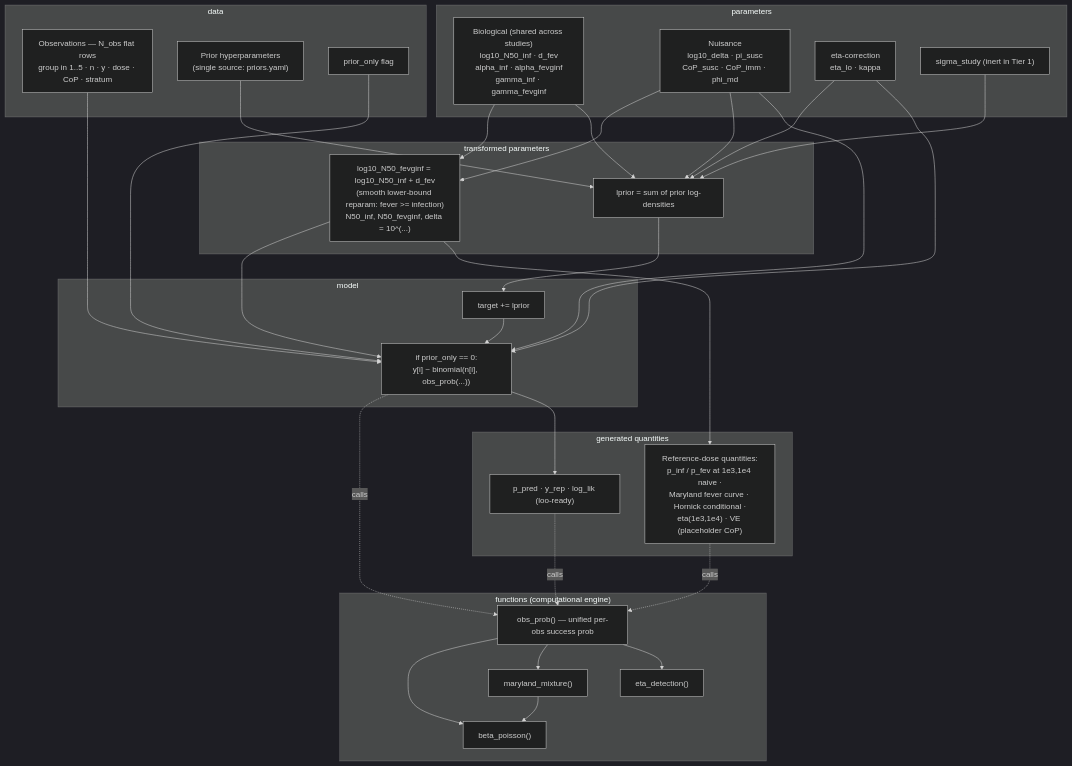
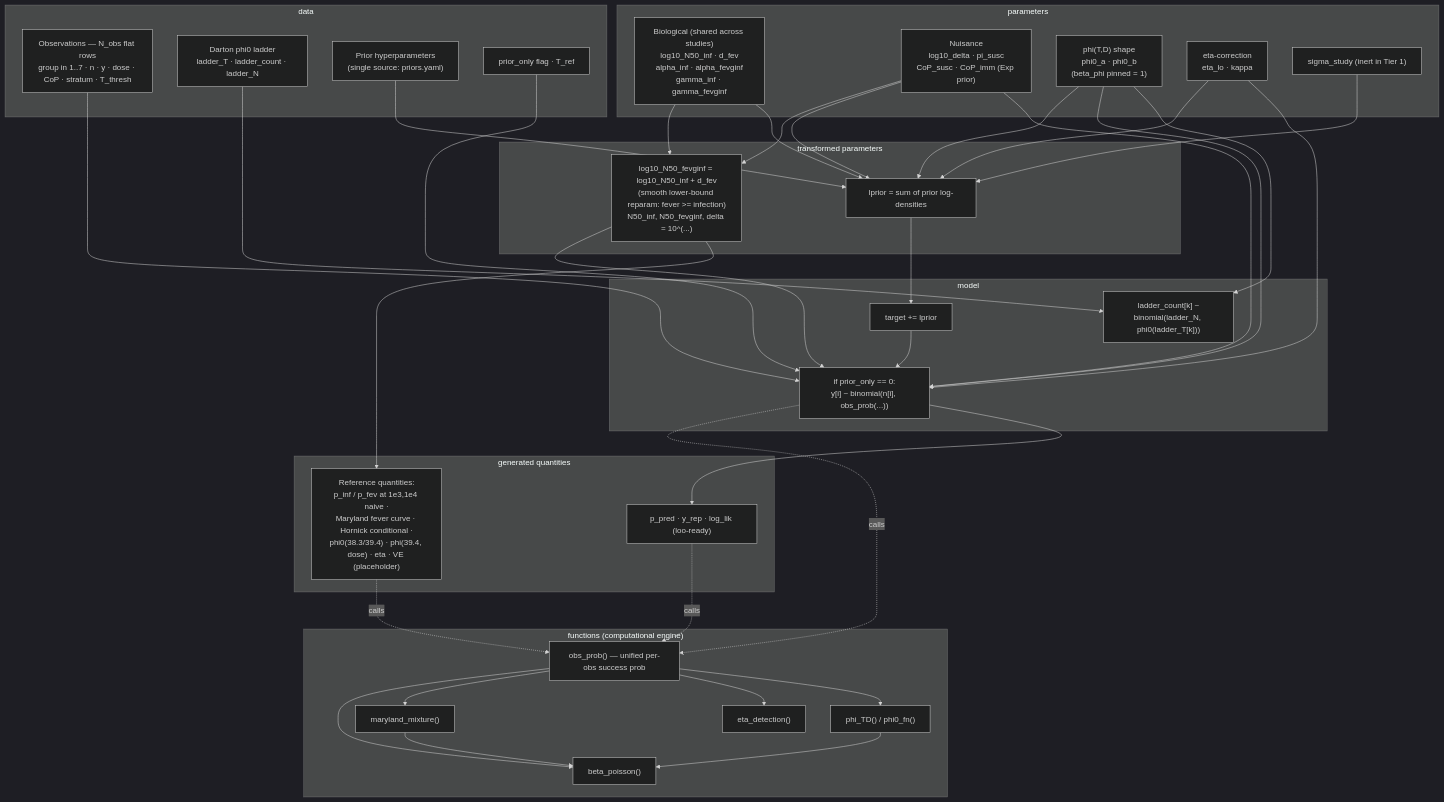
Before and after one commit to famulare/typhoid-immune-dynamics: the first of 2 diagrams in metastudies/dose_response_model/calibration/model_structure.md, drawn with Mermaid (dark theme). The commit also changed other lines of this file and 4 other files, not shown here.

````diff
--- a/metastudies/dose_response_model/calibration/model_structure.md
+++ b/metastudies/dose_response_model/calibration/model_structure.md
@@ -19,63 +22,73 @@
 ```mermaid
 flowchart TD
     subgraph DATA["data"]
-        OBS["Observations — N_obs flat rows<br/>group in 1..5 · n · y · dose · CoP · stratum"]
+        OBS["Observations — N_obs flat rows<br/>group in 1..7 · n · y · dose · CoP · stratum · T_thresh"]
+        LAD["Darton phi0 ladder<br/>ladder_T · ladder_count · ladder_N"]
         HYP["Prior hyperparameters<br/>(single source: priors.yaml)"]
-        FLAG["prior_only flag"]
+        FLAG["prior_only flag · T_ref"]
     end
 
     subgraph PARS["parameters"]
         BIO["Biological (shared across studies)<br/>log10_N50_inf · d_fev<br/>alpha_inf · alpha_fevginf<br/>gamma_inf · gamma_fevginf"]
-        NUIS["Nuisance<br/>log10_delta · pi_susc<br/>CoP_susc · CoP_imm · phi_md"]
+        NUIS["Nuisance<br/>log10_delta · pi_susc<br/>CoP_susc · CoP_imm (Exp prior)"]
+        PHI["phi(T,D) shape<br/>phi0_a · phi0_b<br/>(beta_phi pinned = 1)"]
         ETAP["eta-correction<br/>eta_lo · kappa"]
         OD["sigma_study (inert in Tier 1)"]
     end
 
     subgraph TP["transformed parameters"]
         REPARAM["log10_N50_fevginf = log10_N50_inf + d_fev<br/>(smooth lower-bound reparam: fever >= infection)<br/>N50_inf, N50_fevginf, delta = 10^(...)"]
         LPRIOR["lprior = sum of prior log-densities"]
     end
 
     subgraph MODEL["model"]
         TGT["target += lprior"]
         LIK["if prior_only == 0:<br/>y[i] ~ binomial(n[i], obs_prob(...))"]
+        LADLIK["ladder_count[k] ~<br/>binomial(ladder_N, phi0(ladder_T[k]))"]
     end
 
     subgraph GQ["generated quantities"]
         PPC["p_pred · y_rep · log_lik (loo-ready)"]
-        DERIV["Reference-dose quantities:<br/>p_inf / p_fev at 1e3,1e4 naive ·<br/>Maryland fever curve · Hornick conditional ·<br/>eta(1e3,1e4) · VE (placeholder CoP)"]
+        DERIV["Reference quantities:<br/>p_inf / p_fev at 1e3,1e4 naive ·<br/>Maryland fever curve · Hornick conditional ·<br/>phi0(38.3/39.4) · phi(39.4, dose) · eta · VE (placeholder)"]
     end
 
     subgraph FUN["functions (computational engine)"]
         OP["obs_prob() — unified per-obs success prob"]
         BP["beta_poisson()"]
         MM["maryland_mixture()"]
         ED["eta_detection()"]
+        PHIF["phi_TD() / phi0_fn()"]
         OP --> BP
         OP --> MM
         OP --> ED
+        OP --> PHIF
         MM --> BP
+        PHIF --> BP
     end
 
     HYP --> LPRIOR
     BIO --> REPARAM
     NUIS --> REPARAM
     BIO --> LPRIOR
     NUIS --> LPRIOR
+    PHI --> LPRIOR
     ETAP --> LPRIOR
     OD --> LPRIOR
 
     LPRIOR --> TGT
     TGT --> LIK
     FLAG --> LIK
     OBS --> LIK
     REPARAM --> LIK
     NUIS --> LIK
+    PHI --> LIK
     ETAP --> LIK
+    LAD --> LADLIK
+    PHI --> LADLIK
     LIK -. calls .-> OP
 
     LIK --> PPC
     REPARAM --> DERIV
     PPC -. calls .-> OP
     DERIV -. calls .-> OP
 ```
````
